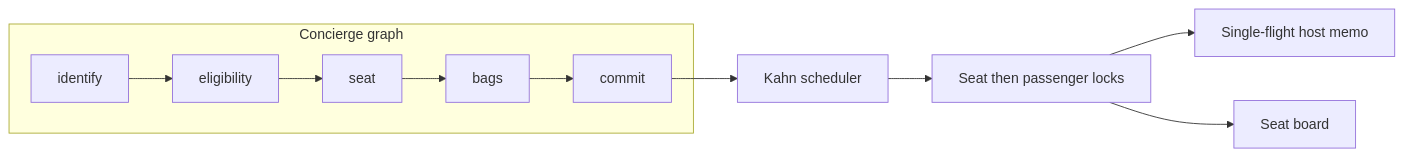
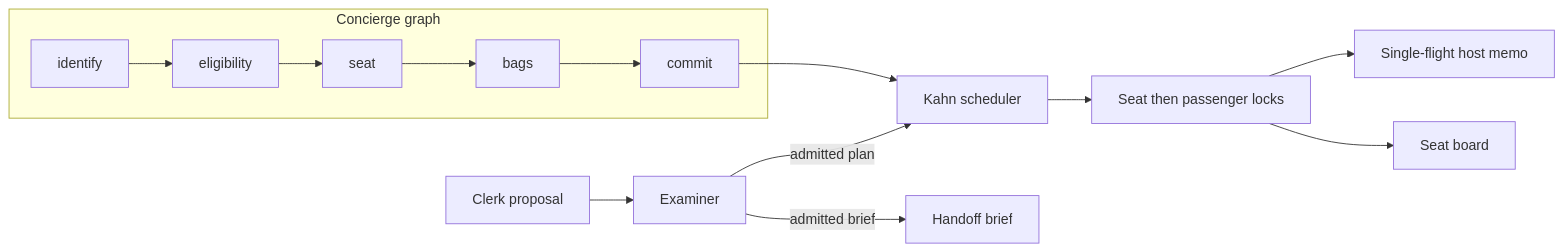
Before and after one commit to sudhirkumarquantum-prog/harborline: the diagram in README.md, drawn with Mermaid. The commit also changed other lines of this file and 18 other files, not shown here.

First line of the commit message:
Let a clerk propose a party plan or a handoff brief.

````diff
--- a/README.md
+++ b/README.md
@@ -20,10 +21,13 @@
 ```mermaid
 flowchart LR
   subgraph concierge [Concierge graph]
     identify --> eligibility --> seat --> bags --> commit
   end
-  commit --> scheduler[Kahn scheduler]
+  clerk[Clerk proposal] --> examiner[Examiner]
+  examiner -->|admitted plan| scheduler[Kahn scheduler]
+  examiner -->|admitted brief| person[Handoff brief]
+  commit --> scheduler
   scheduler --> gate[Seat then passenger locks]
   gate --> memo[Single-flight host memo]
   gate --> board[Seat board]
 ```
````
